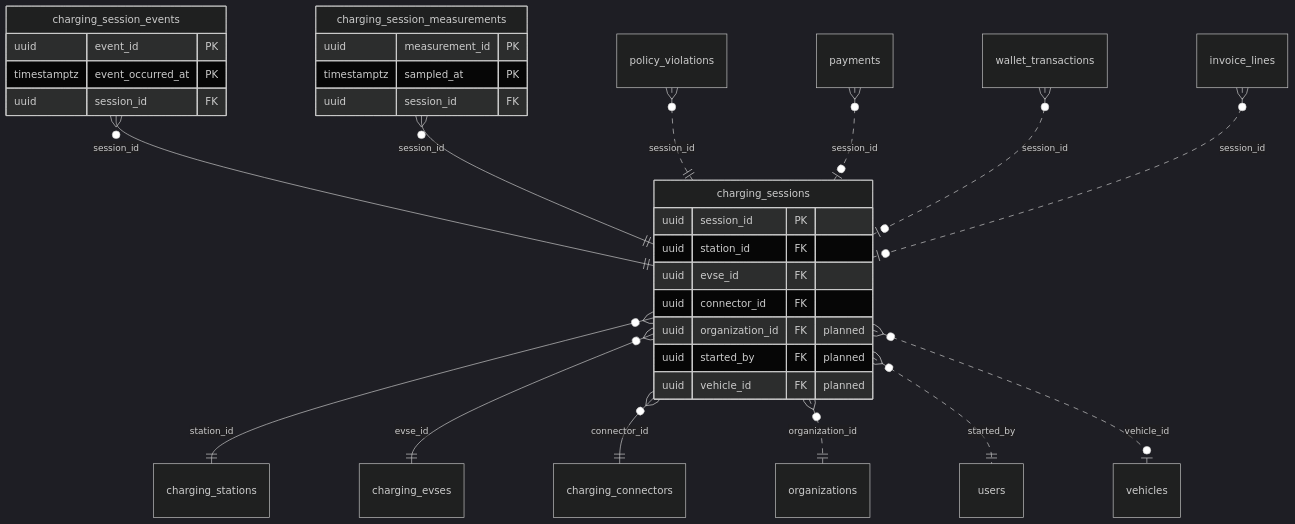
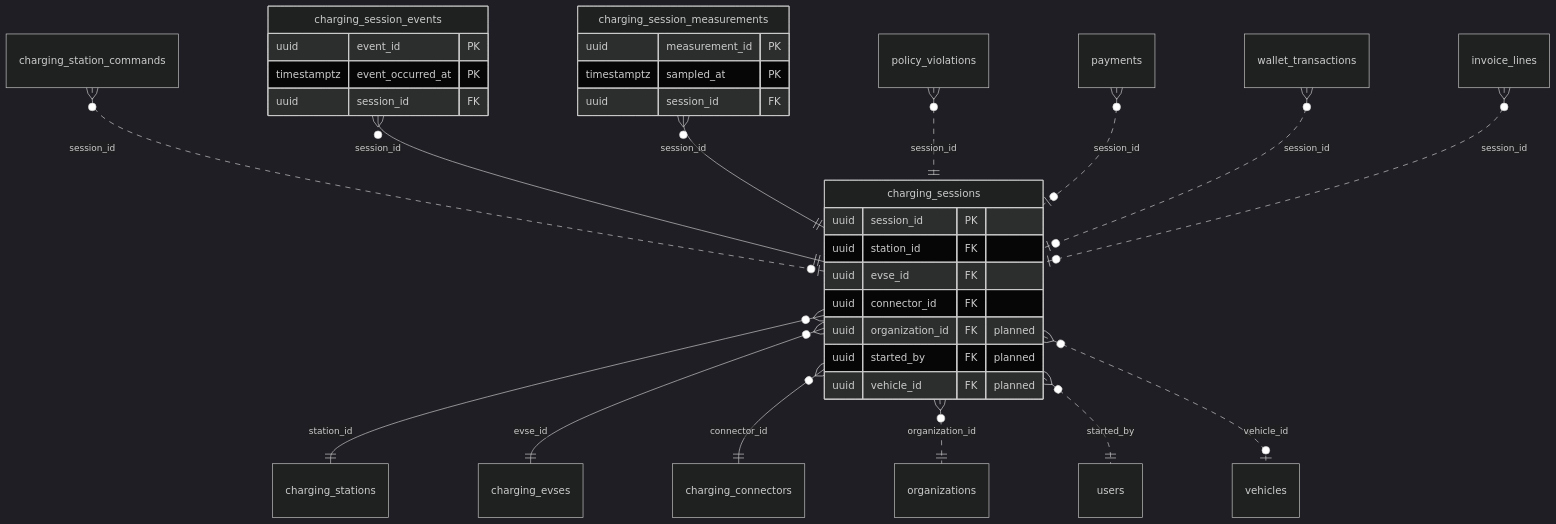
The diagram in docs/design/domain-model/domains/charging_sessions.md (yolo-coccoc/G3Network-app), drawn with Mermaid (dark theme) before and after one commit. The commit also changed other lines of this file and 16 other files, not shown here.

````diff
--- a/docs/design/domain-model/domains/charging_sessions.md
+++ b/docs/design/domain-model/domains/charging_sessions.md
@@ -17,34 +17,35 @@
 ```mermaid
 erDiagram
   charging_sessions {
     uuid session_id PK
     uuid station_id FK
     uuid evse_id FK
     uuid connector_id FK
     uuid organization_id FK "planned"
     uuid started_by FK "planned"
     uuid vehicle_id FK "planned"
   }
   charging_session_events {
     uuid event_id PK
     timestamptz event_occurred_at PK
     uuid session_id FK
   }
   charging_session_measurements {
     uuid measurement_id PK
     timestamptz sampled_at PK
     uuid session_id FK
   }
+  charging_station_commands }o..o| charging_sessions : "session_id"
   charging_sessions }o--|| charging_stations : "station_id"
   charging_sessions }o--|| charging_evses : "evse_id"
   charging_sessions }o--|| charging_connectors : "connector_id"
   charging_sessions }o..|| organizations : "organization_id"
   charging_sessions }o..|| users : "started_by"
   charging_sessions }o..o| vehicles : "vehicle_id"
   charging_session_events }o--|| charging_sessions : "session_id"
   charging_session_measurements }o--|| charging_sessions : "session_id"
   policy_violations }o..|| charging_sessions : "session_id"
   payments }o..o| charging_sessions : "session_id"
   wallet_transactions }o..o| charging_sessions : "session_id"
   invoice_lines }o..o| charging_sessions : "session_id"
 ```
````
